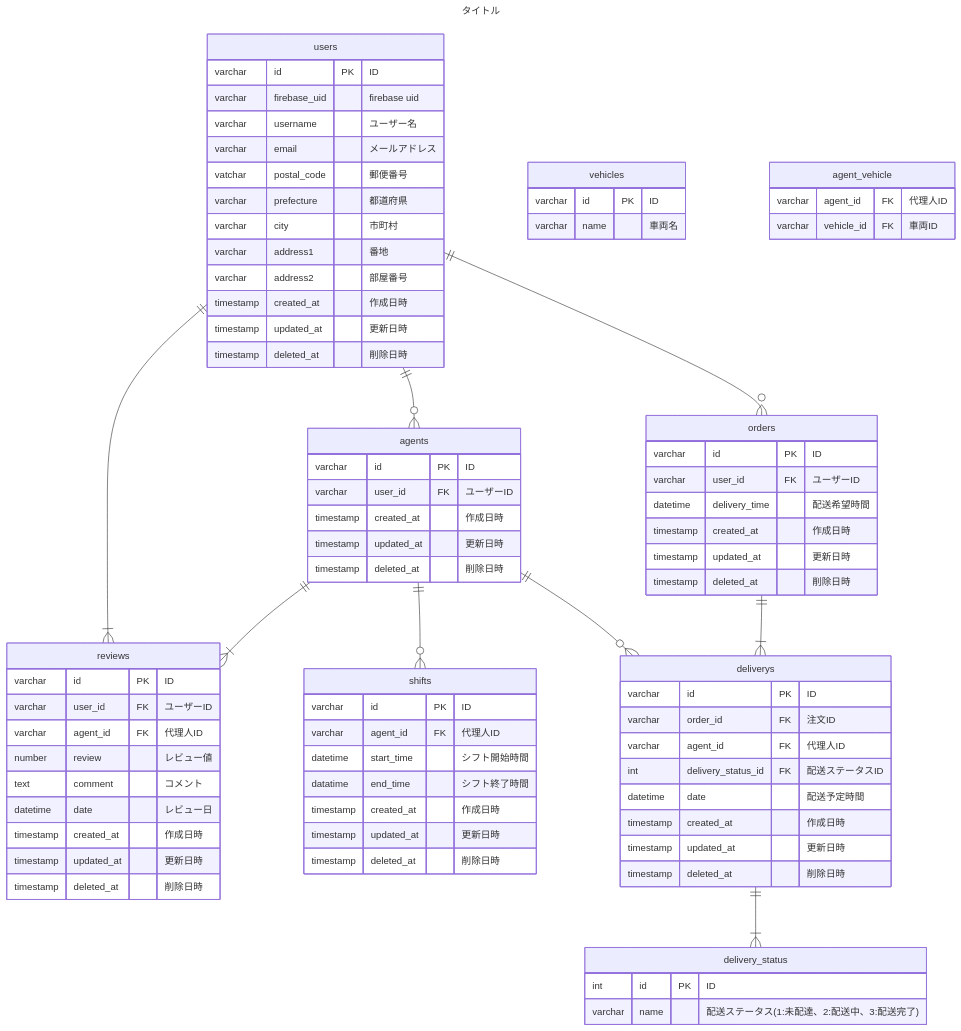
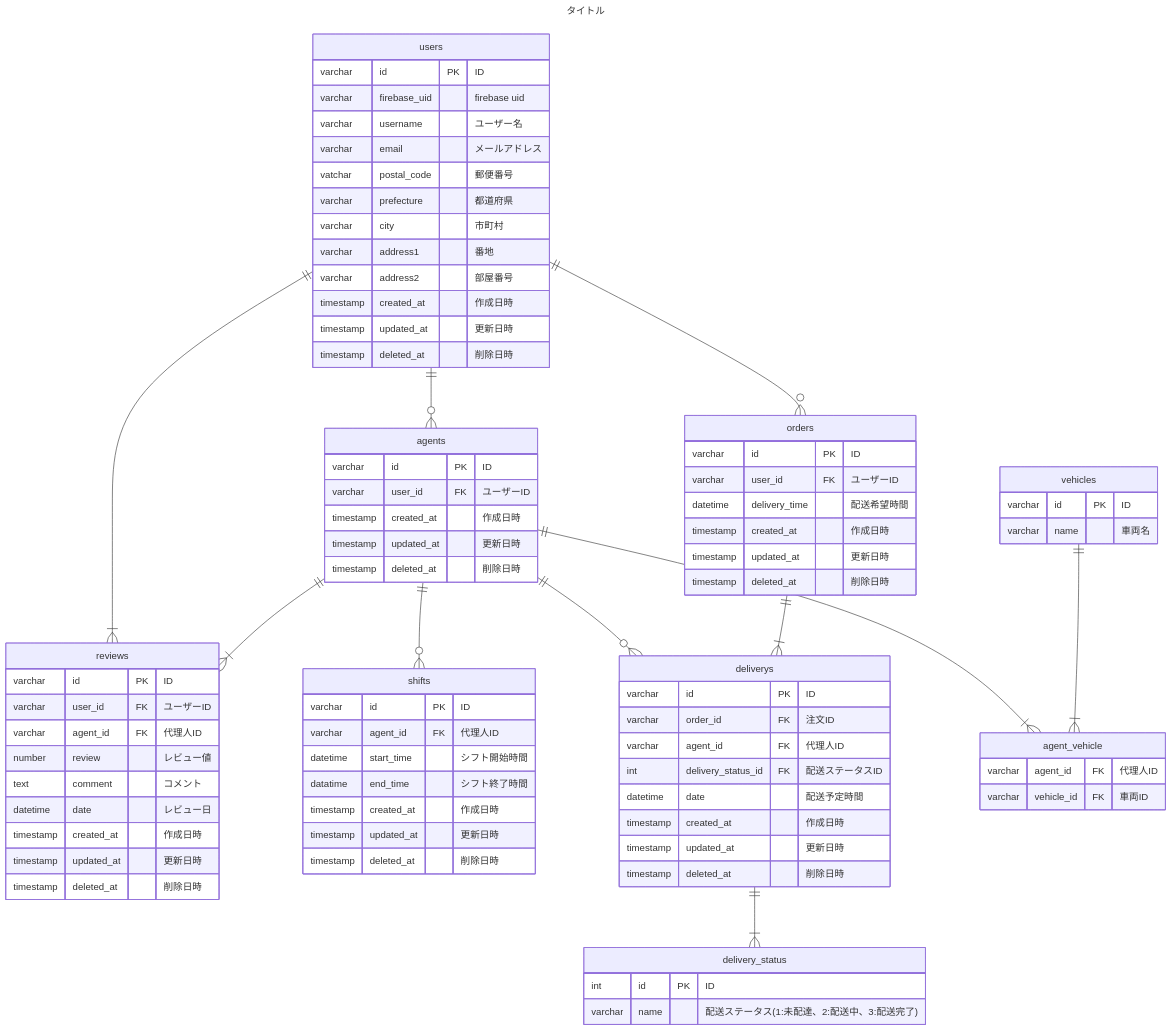
Before and after one commit to km1110/spark-2023-teamS: the diagram in docs/db.md, drawn with Mermaid.

Commit message:
代理人テーブルと車両テーブルの関係を明記

```diff
--- a/docs/db.md
+++ b/docs/db.md
@@ -17,6 +17,9 @@
     agents ||--|{ reviews : ""
     agents ||--o{ shifts : ""
     agents ||--o{ deliverys : ""
+    agents ||--|{ agent_vehicle : ""
+
+    vehicles ||--|{ agent_vehicle : ""
 
     orders ||--|{ deliverys : ""
 
```
